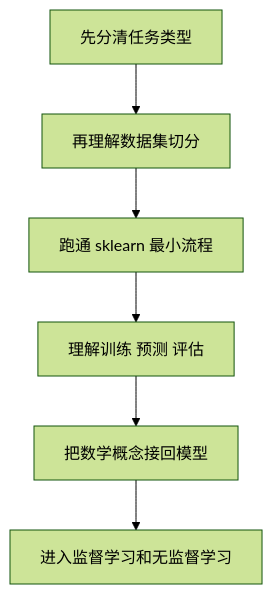
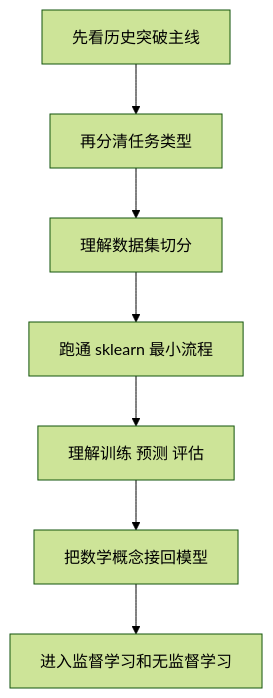
The first of 2 diagrams in docs/ch05-machine-learning/ch01-ml-basics/00-roadmap.md (oudbiao/AI-fullstack-course), drawn with Mermaid (forest theme) before and after one commit. The commit also changed other lines of this file and 50 other files, not shown here.

````diff
--- a/docs/ch05-machine-learning/ch01-ml-basics/00-roadmap.md
+++ b/docs/ch05-machine-learning/ch01-ml-basics/00-roadmap.md
@@ -34,8 +34,9 @@
 ```mermaid
 flowchart TD
-  A[先分清任务类型] --> B[再理解数据集切分]
-  B --> C[跑通 sklearn 最小流程]
-  C --> D[理解训练 预测 评估]
-  D --> E[把数学概念接回模型]
-  E --> F[进入监督学习和无监督学习]
+  A[先看历史突破主线] --> B[再分清任务类型]
+  B --> C[理解数据集切分]
+  C --> D[跑通 sklearn 最小流程]
+  D --> E[理解训练 预测 评估]
+  E --> F[把数学概念接回模型]
+  F --> G[进入监督学习和无监督学习]
 ```
````
